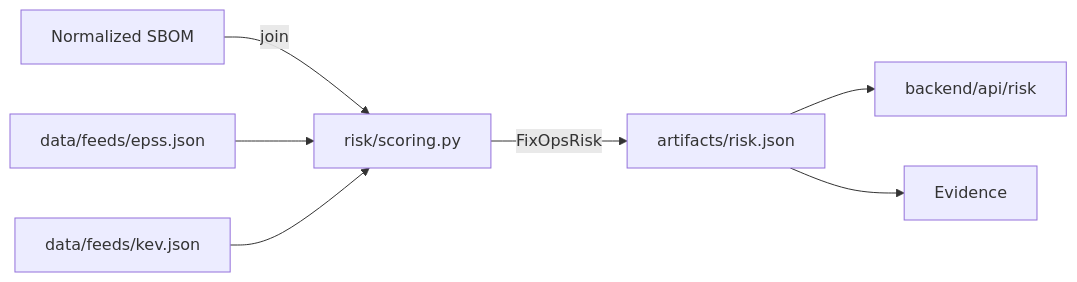
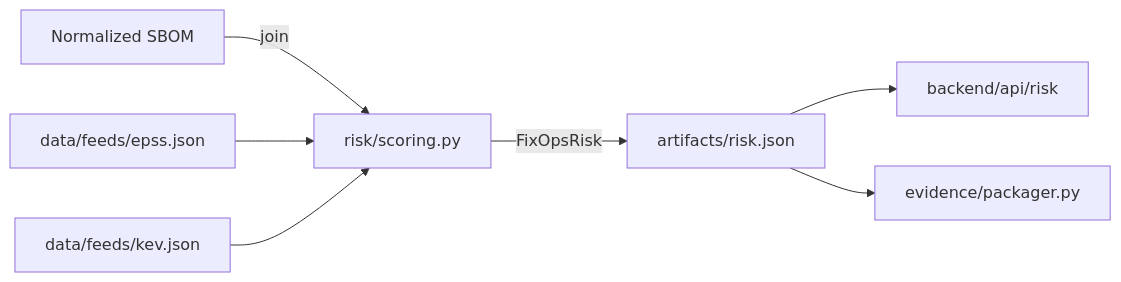
Before and after one commit to DevOpsMadDog/Fixops: the fourth of 11 diagrams in readme_updated.md, drawn with Mermaid. The commit also changed other lines of this file, not shown here.

Commit message:
docs: repair mermaid diagrams

````diff
--- a/readme_updated.md
+++ b/readme_updated.md
@@ -225,9 +225,9 @@
 ```mermaid
 flowchart LR
-    SBOM[Normalized SBOM] -->|join| Joiner[risk/scoring.py]
-    EPSS[data/feeds/epss.json] --> Joiner
-    KEV[data/feeds/kev.json] --> Joiner
-    Joiner -->|FixOpsRisk| RiskOut[artifacts/risk.json]
-    RiskOut --> API[backend/api/risk]
-    RiskOut --> Evidence
+    SBOM["Normalized SBOM"] -->|join| Joiner["risk/scoring.py"]
+    EPSS["data/feeds/epss.json"] --> Joiner
+    KEV["data/feeds/kev.json"] --> Joiner
+    Joiner -->|FixOpsRisk| RiskOut["artifacts/risk.json"]
+    RiskOut --> API["backend/api/risk"]
+    RiskOut --> Evidence["evidence/packager.py"]
 ```
````
